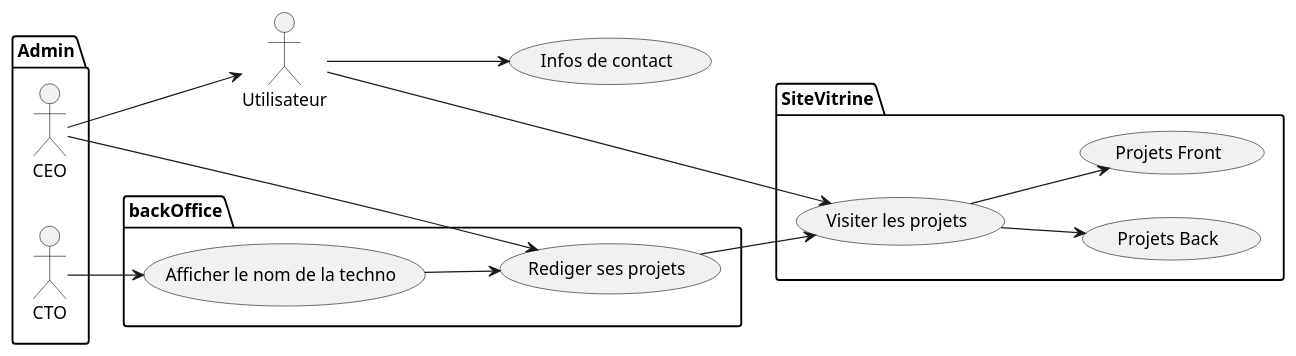
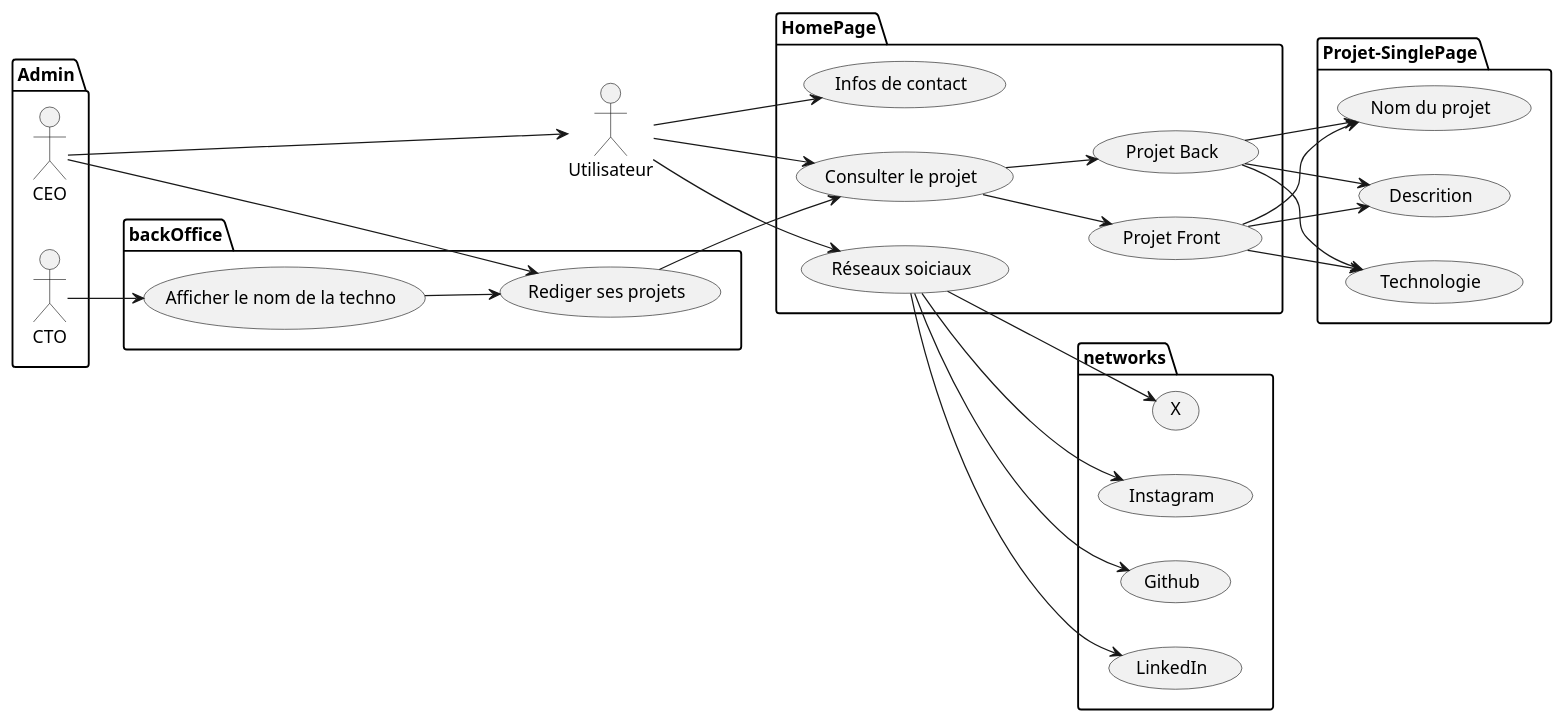
Before and after one commit to MaximeGrillet/test-UML: the diagram in test-diagram.puml, drawn with PlantUML.

```diff
--- a/test-diagram.puml
+++ b/test-diagram.puml
@@ -1,32 +1,59 @@
 @startuml Test
 left to right direction
 
 actor Utilisateur as u
 
 package Admin {
 actor CEO as ceo
 actor CTO as cto 
 }
 
 ceo --> u
-package SiteVitrine {
-  usecase "Visiter les projets" as UC2
-  usecase "Projets Back" as UC5
-  usecase "Projets Front" as UC6
+package HomePage {
+  usecase "Consulter le projet" as UC2
+  usecase "Projet Back" as UC5
+  usecase "Projet Front" as UC6
+  usecase "Infos de contact" as UC4
+  usecase "Réseaux soiciaux" as UC7
 }
 
-  usecase "Infos de contact" as UC4
+package Projet-SinglePage{
+  usecase "Nom du projet" as N1
+  usecase "Descrition" as N2
+  usecase "Technologie" as N3
+}
+
+package networks{
+  usecase "X" as x
+  usecase "Instagram" as i 
+  usecase "Github" as g 
+  usecase "LinkedIn" as l
+}
 
 package backOffice{
   usecase "Rediger ses projets" as UC1
   usecase "Afficher le nom de la techno" as UC3
 }
+
 ceo --> UC1 
 UC1 --> UC2
-u --> UC2
+u --> UC2 
 u --> UC4
+u --> UC7
 UC2 --> UC5
 UC2 --> UC6
 UC3 --> UC1
 cto --> UC3 
+
+UC5 --> N1
+UC5 --> N2
+UC5 --> N3
+UC6 --> N1
+UC6 --> N2
+UC6 --> N3
+
+UC7 --> x
+UC7 --> i
+UC7 --> l
+UC7 --> g
 @enduml
```
